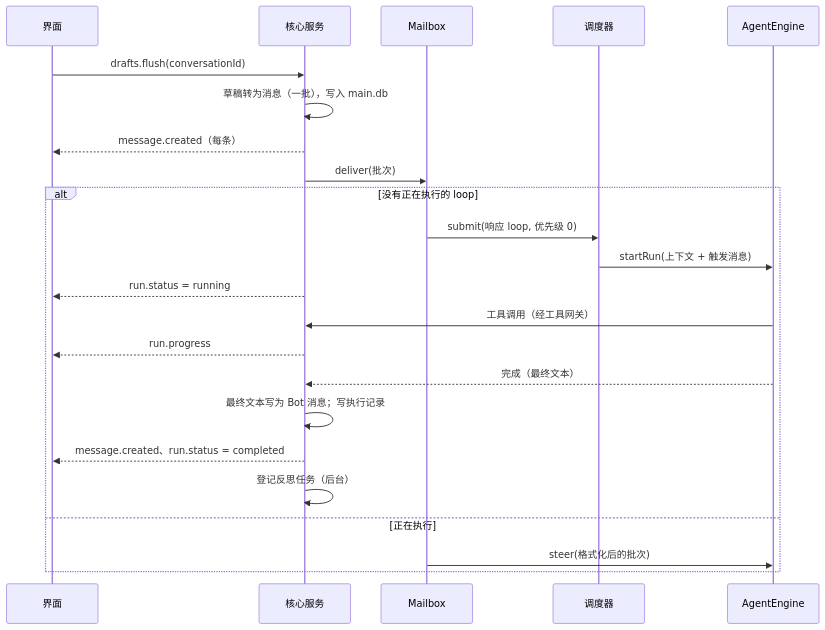
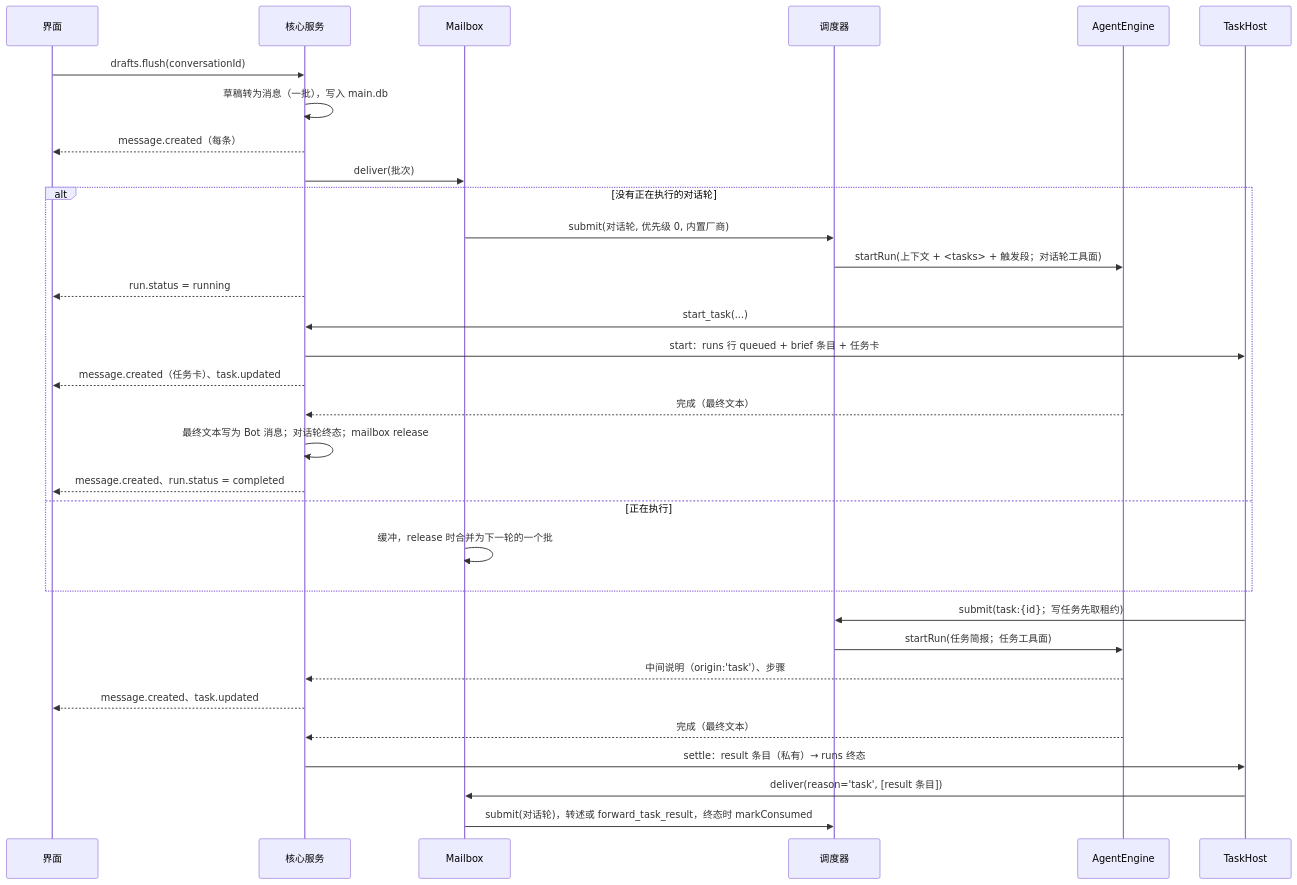
The second of 3 diagrams in docs/dev/02-architecture.md (jooler/kepcup), drawn with Mermaid before and after one commit. The commit also changed other lines of this file, not shown here.

Commit message:
docs(dev): sync 02-architecture with D75 turns, tasks, scheduler and mailbox

````diff
--- a/docs/dev/02-architecture.md
+++ b/docs/dev/02-architecture.md
@@ -249,25 +296,34 @@
 ```mermaid
 sequenceDiagram
   participant U as 界面
   participant C as 核心服务
   participant MB as Mailbox
   participant S as 调度器
   participant E as AgentEngine
+  participant T as TaskHost
   U->>C: drafts.flush(conversationId)
   C->>C: 草稿转为消息（一批），写入 main.db
   C-->>U: message.created（每条）
   C->>MB: deliver(批次)
-  alt 没有正在执行的 loop
-    MB->>S: submit(响应 loop, 优先级 0)
-    S->>E: startRun(上下文 + 触发消息)
+  alt 没有正在执行的对话轮
+    MB->>S: submit(对话轮, 优先级 0, 内置厂商)
+    S->>E: startRun(上下文 + <tasks> + 触发段；对话轮工具面)
     C-->>U: run.status = running
-    E->>C: 工具调用（经工具网关）
-    C-->>U: run.progress
+    E->>C: start_task(...)
+    C->>T: start：runs 行 queued + brief 条目 + 任务卡
+    C-->>U: message.created（任务卡）、task.updated
     E-->>C: 完成（最终文本）
-    C->>C: 最终文本写为 Bot 消息；写执行记录
+    C->>C: 最终文本写为 Bot 消息；对话轮终态；mailbox release
     C-->>U: message.created、run.status = completed
-    C->>C: 登记反思任务（后台）
   else 正在执行
-    MB->>E: steer(格式化后的批次)
+    MB->>MB: 缓冲，release 时合并为下一轮的一个批
   end
+  T->>S: submit(task:{id}；写任务先取租约)
+  S->>E: startRun(任务简报；任务工具面)
+  E-->>C: 中间说明（origin:'task'）、步骤
+  C-->>U: message.created、task.updated
+  E-->>C: 完成（最终文本）
+  C->>T: settle：result 条目（私有）→ runs 终态
+  T->>MB: deliver(reason='task', [result 条目])
+  MB->>S: submit(对话轮)，转述或 forward_task_result，终态时 markConsumed
 ```
````
